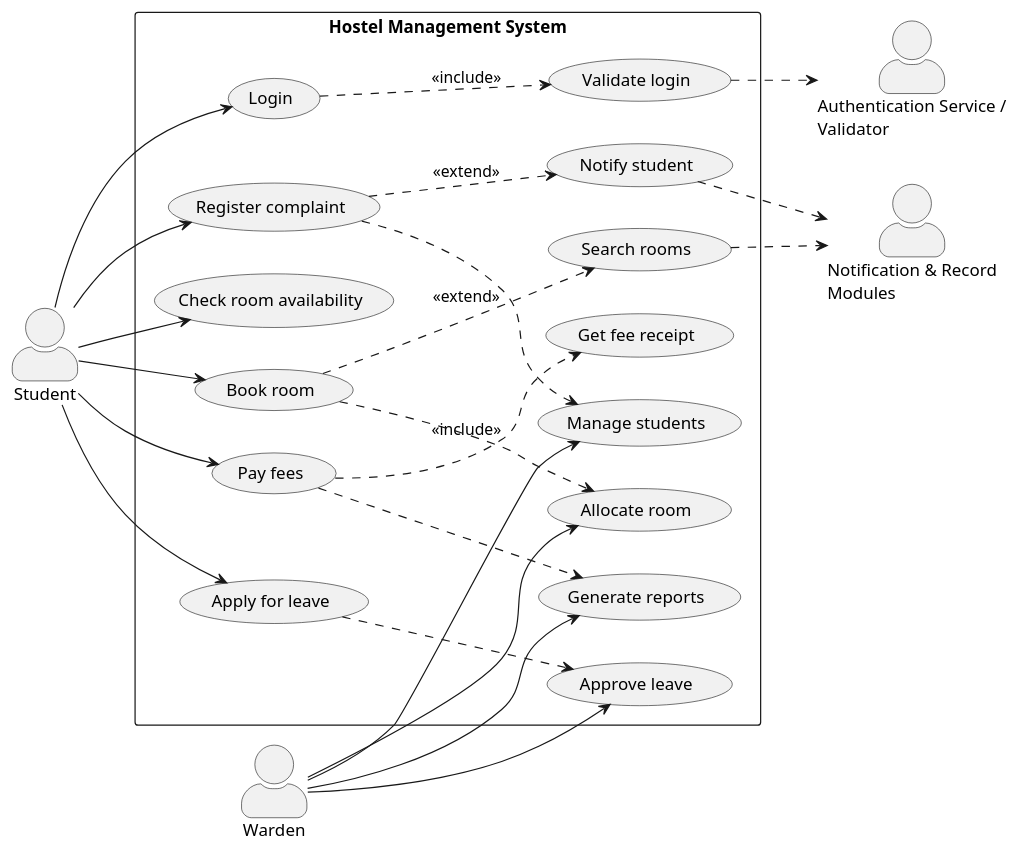
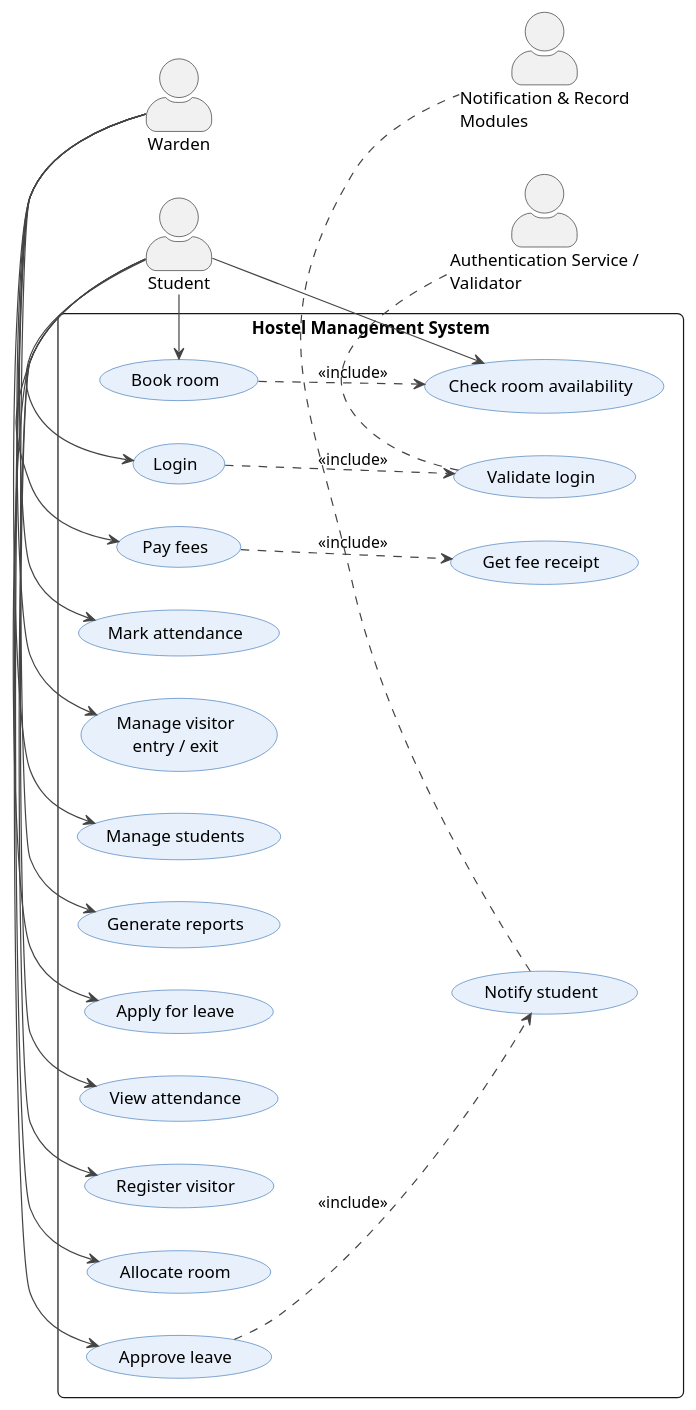
Before and after one commit to pranjalTita/Hostel-Management-System: the diagram in use-case-diagram.puml, drawn with PlantUML.

```diff
--- a/use-case-diagram.puml
+++ b/use-case-diagram.puml
@@ -1,68 +1,69 @@
 @startuml use-case-diagram
 
 left to right direction
 skinparam packageStyle rectangle
 skinparam actorStyle awesome
+skinparam shadowing false
+skinparam roundCorner 10
+skinparam ArrowColor #444444
+skinparam usecase {
+  BackgroundColor #E8F1FB
+  BorderColor #2F6DB5
+}
 
 actor "Student" as Student
 actor "Warden" as Warden
 actor "Authentication Service /\nValidator" as Auth
 actor "Notification & Record\nModules" as NotifyModule
 
 rectangle "Hostel Management System" {
 
+  ' ---- Student ----
   usecase "Login" as UC_Login
   usecase "Validate login" as UC_Validate
-
-  usecase "Register complaint" as UC_Complaint
-  usecase "Notify student" as UC_Notify
-
   usecase "Check room availability" as UC_CheckRoom
-
   usecase "Book room" as UC_BookRoom
-  usecase "Search rooms" as UC_SearchRooms
-
   usecase "Pay fees" as UC_PayFees
   usecase "Get fee receipt" as UC_FeeReceipt
+  usecase "Apply for leave" as UC_ApplyLeave
+  usecase "View attendance" as UC_ViewAtt
+  usecase "Register visitor" as UC_RegVisitor
 
-  usecase "Apply for leave" as UC_ApplyLeave
-
+  ' ---- Warden ----
   usecase "Approve leave" as UC_ApproveLeave
+  usecase "Notify student" as UC_Notify
   usecase "Allocate room" as UC_AllocateRoom
+  usecase "Mark attendance" as UC_MarkAtt
+  usecase "Manage visitor\nentry / exit" as UC_VisitorLog
   usecase "Manage students" as UC_ManageStudents
   usecase "Generate reports" as UC_GenerateReports
 
   ' Student use cases
-  Student --> UC_Login
-  Student --> UC_Complaint
-  Student --> UC_CheckRoom
-  Student --> UC_BookRoom
-  Student --> UC_PayFees
-  Student --> UC_ApplyLeave
+  Student -right-> UC_Login
+  Student -right-> UC_CheckRoom
+  Student -right-> UC_BookRoom
+  Student -right-> UC_PayFees
+  Student -right-> UC_ApplyLeave
+  Student -right-> UC_ViewAtt
+  Student -right-> UC_RegVisitor
 
   ' Warden use cases
-  Warden --> UC_ApproveLeave
-  Warden --> UC_AllocateRoom
-  Warden --> UC_ManageStudents
-  Warden --> UC_GenerateReports
+  Warden -right-> UC_ApproveLeave
+  Warden -right-> UC_AllocateRoom
+  Warden -right-> UC_MarkAtt
+  Warden -right-> UC_VisitorLog
+  Warden -right-> UC_ManageStudents
+  Warden -right-> UC_GenerateReports
 
-  ' Include / Extend relationships
+  ' Include relationships
   UC_Login .down.> UC_Validate : <<include>>
   UC_PayFees .down.> UC_FeeReceipt : <<include>>
-
-  UC_Complaint .down.> UC_Notify : <<extend>>
-  UC_BookRoom .down.> UC_SearchRooms : <<extend>>
-
-  ' System actor interactions
-  UC_Validate ..> Auth
-  UC_SearchRooms ..> NotifyModule
-  UC_Notify ..> NotifyModule
-
-  ' Warden-side actions linked to student-initiated flows
-  UC_ApplyLeave ..> UC_ApproveLeave
-  UC_BookRoom ..> UC_AllocateRoom
-  UC_Complaint ..> UC_ManageStudents
-  UC_PayFees ..> UC_GenerateReports
+  UC_BookRoom .down.> UC_CheckRoom : <<include>>
+  UC_ApproveLeave .down.> UC_Notify : <<include>>
 }
 
+' System actor interactions
+UC_Validate .right. Auth
+UC_Notify .right. NotifyModule
+
 @enduml
```
